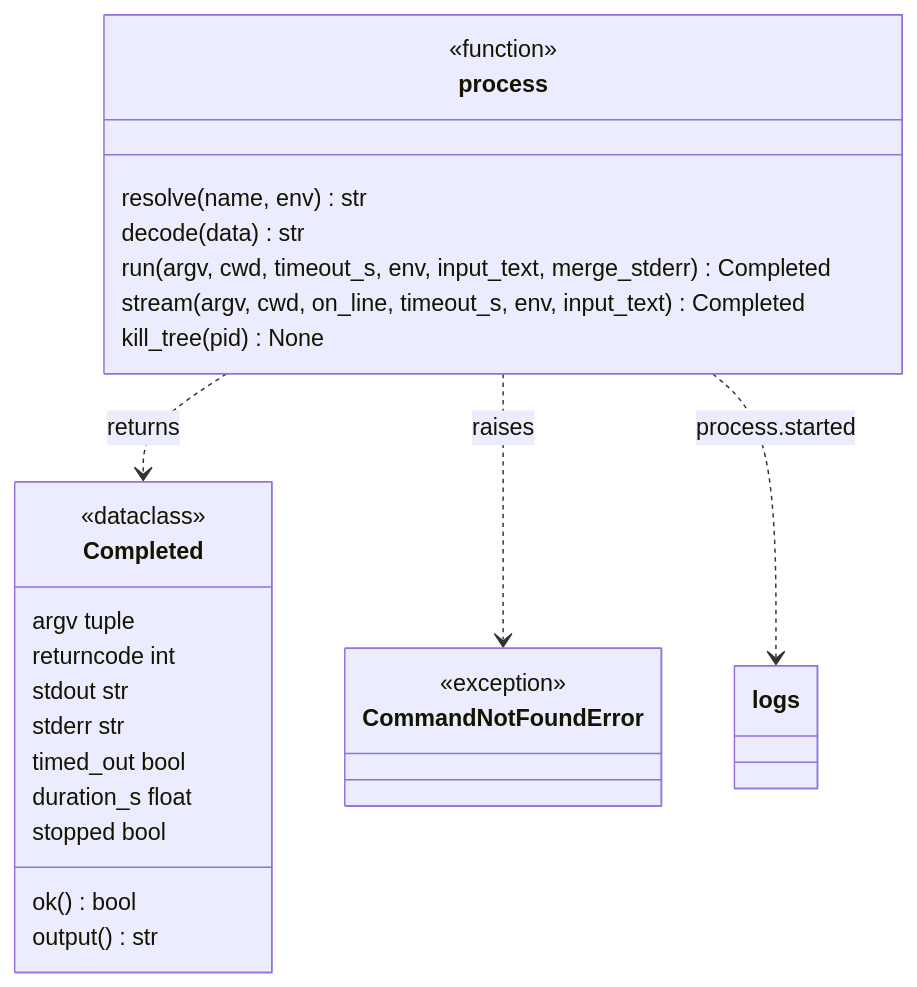
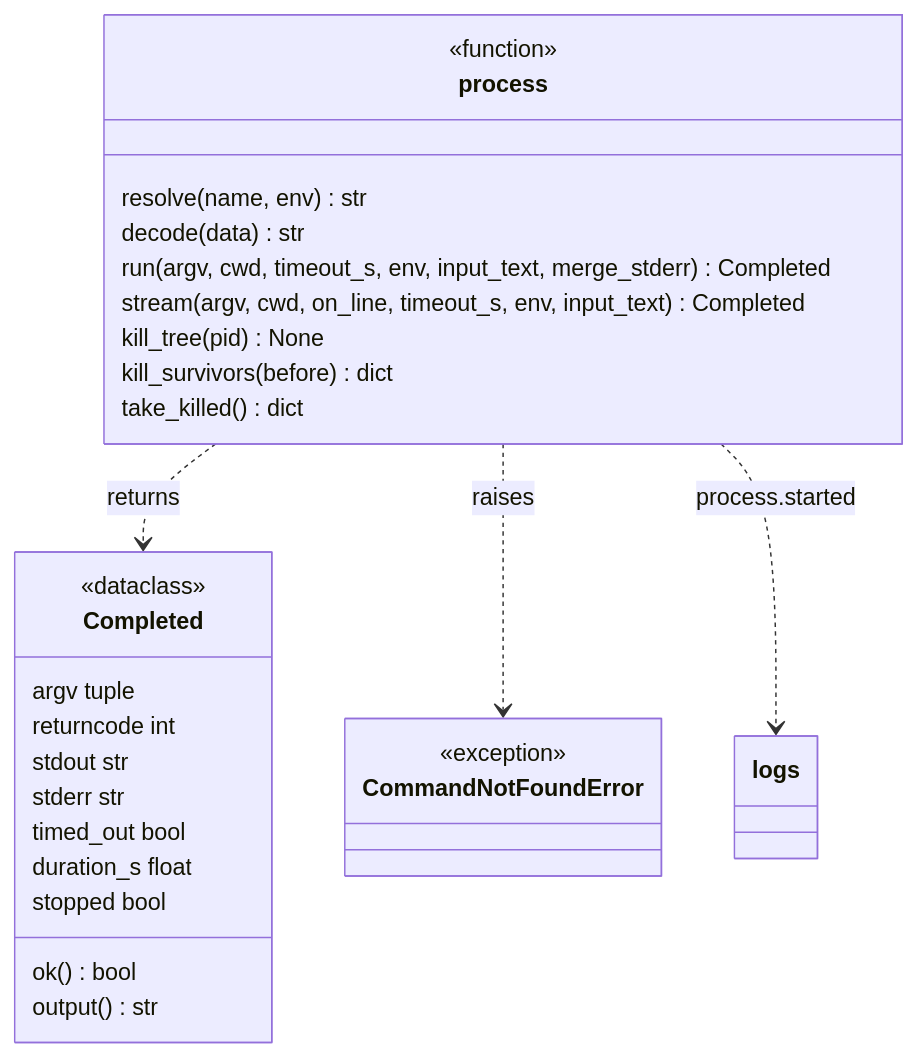
One commit to plaplanche/ariane changed the second of 3 diagrams in docs/architecture/modules/process.md. Above: the diagram before and after it, drawn with Mermaid. The commit also changed other lines of this file and 11 other files, not shown here.

````diff
--- a/docs/architecture/modules/process.md
+++ b/docs/architecture/modules/process.md
@@ -51,29 +53,31 @@
 ```mermaid
 classDiagram
 class Completed {
   <<dataclass>>
   argv tuple
   returncode int
   stdout str
   stderr str
   timed_out bool
   duration_s float
   stopped bool
   ok() bool
   output() str
 }
 class CommandNotFoundError {
   <<exception>>
 }
 class process {
   <<function>>
   resolve(name, env) str
   decode(data) str
   run(argv, cwd, timeout_s, env, input_text, merge_stderr) Completed
   stream(argv, cwd, on_line, timeout_s, env, input_text) Completed
   kill_tree(pid) None
+  kill_survivors(before) dict
+  take_killed() dict
 }
 process ..> Completed : returns
 process ..> CommandNotFoundError : raises
 process ..> logs : process.started
 ```
````
